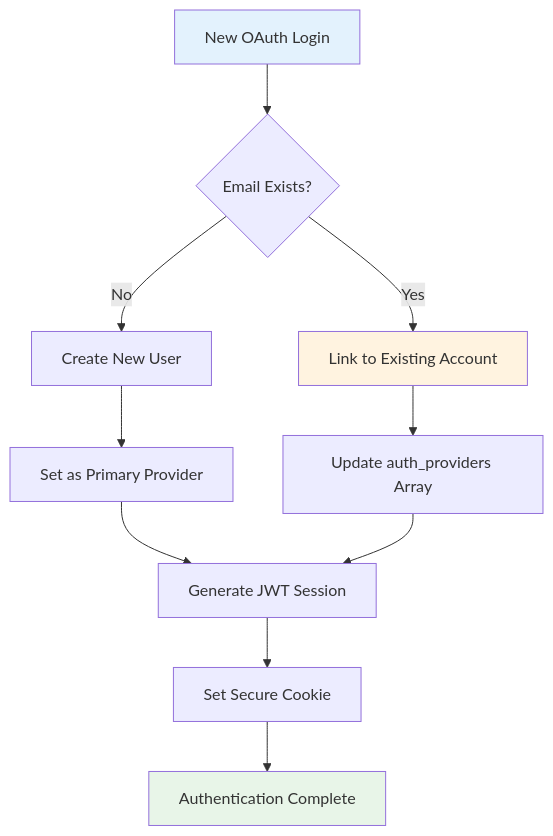
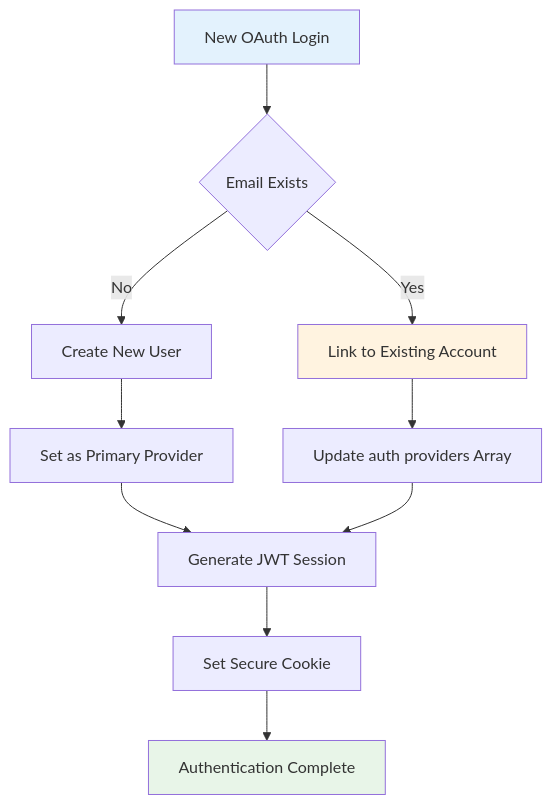
One commit to NobleVision/GOGETTER changed the sixth of 8 diagrams in README.md. Above: the diagram before and after it, drawn with Mermaid. The commit also changed other lines of this file and 10 other files, not shown here.

````diff
--- a/README.md
+++ b/README.md
@@ -326,19 +361,19 @@
 ```mermaid
 graph TD
-    NewUser[New OAuth Login] --> CheckEmail{Email Exists?}
+    NewUser[New OAuth Login] --> CheckEmail{Email Exists}
     CheckEmail -->|No| CreateUser[Create New User]
     CheckEmail -->|Yes| LinkAccount[Link to Existing Account]
-    
+
     CreateUser --> SetPrimary[Set as Primary Provider]
-    LinkAccount --> UpdateProviders[Update auth_providers Array]
-    
+    LinkAccount --> UpdateProviders[Update auth providers Array]
+
     SetPrimary --> GenerateSession[Generate JWT Session]
     UpdateProviders --> GenerateSession
-    
+
     GenerateSession --> SetCookie[Set Secure Cookie]
     SetCookie --> Success[Authentication Complete]
-    
+
     style NewUser fill:#e3f2fd
     style LinkAccount fill:#fff3e0
     style Success fill:#e8f5e8
 ```
````
